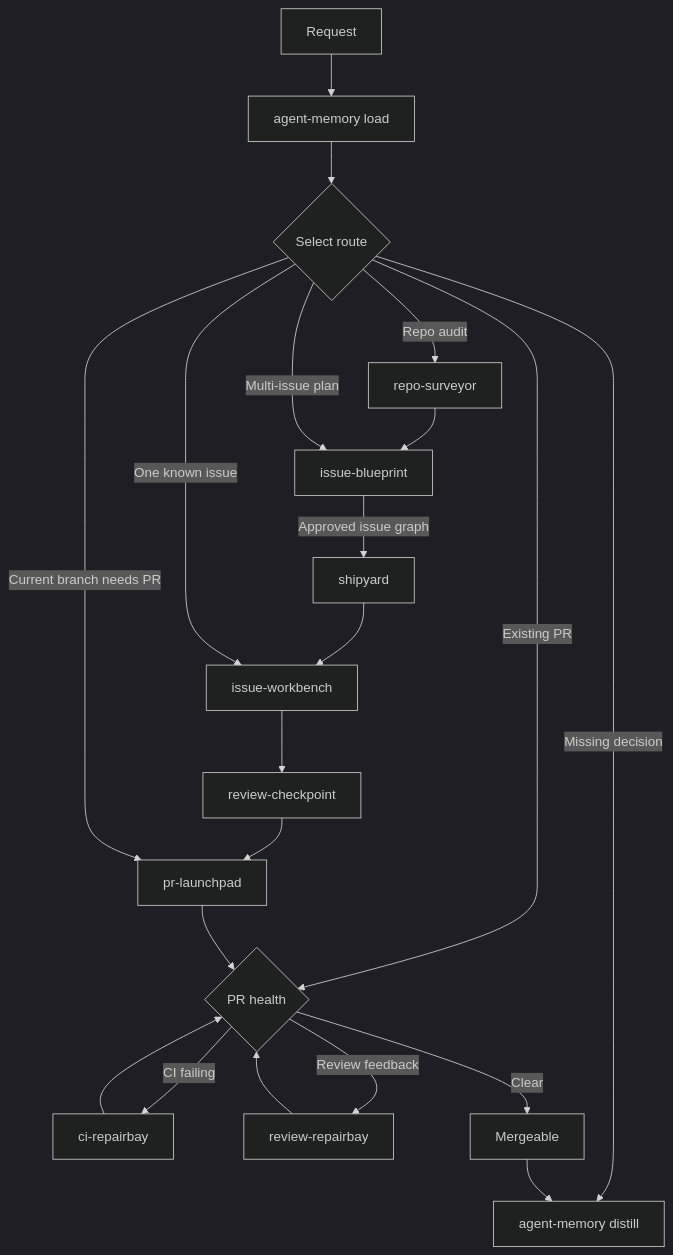
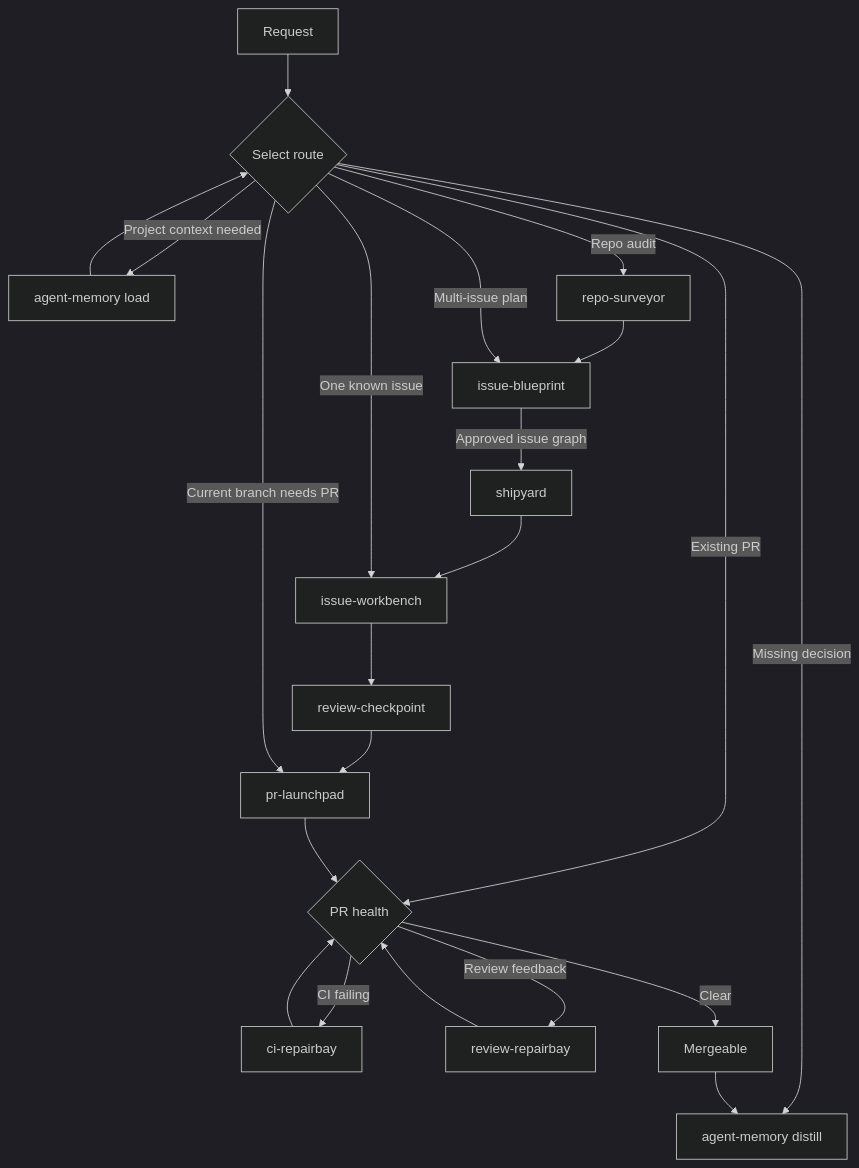
One commit to HenryQW/skills changed the diagram in README.md. Above: the diagram before and after it, drawn with Mermaid (dark theme). The commit also changed other lines of this file and 1 other file, not shown here.

Commit message:
refactor(review-repairbay): add evidence-complete fix path (#37)

````diff
--- a/README.md
+++ b/README.md
@@ -28,23 +28,24 @@
 ```mermaid
 flowchart TD
-  request["Request"] --> load["agent-memory load"]
-  load --> route{"Select route"}
+  request["Request"] --> route{"Select route"}
+  route -->|Project context needed| load["agent-memory load"]
+  load --> route
   route -->|Repo audit| survey["repo-surveyor"]
   survey --> blueprint["issue-blueprint"]
   route -->|Multi-issue plan| blueprint
   blueprint -->|Approved issue graph| shipyard["shipyard"]
   shipyard --> workbench["issue-workbench"]
   route -->|One known issue| workbench
   workbench --> checkpoint["review-checkpoint"]
   checkpoint --> launch["pr-launchpad"]
   route -->|Current branch needs PR| launch
   route -->|Existing PR| health{"PR health"}
   launch --> health
   health -->|CI failing| ci["ci-repairbay"]
   ci --> health
   health -->|Review feedback| repair["review-repairbay"]
   repair --> health
   health -->|Clear| done["Mergeable"]
   route -->|Missing decision| distill["agent-memory distill"]
   done --> distill
 ```
````
